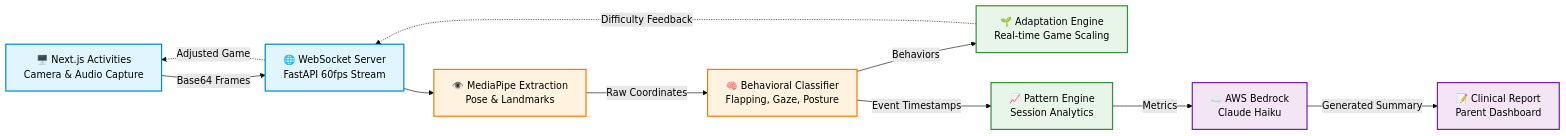
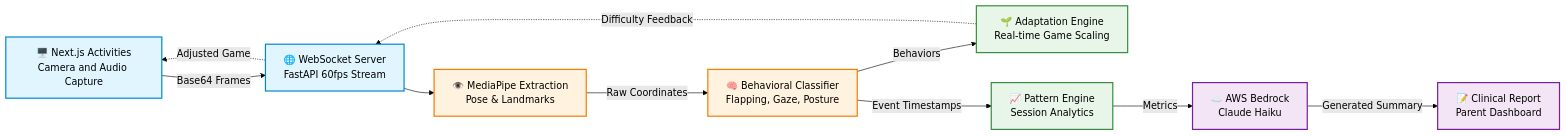
One commit to jaya0807/Snowie changed the diagram in docs/AI_WORKFLOW.md. Above: the diagram before and after it, drawn with Mermaid (forest theme).

Commit message:
docs: fix mermaid parse error

````diff
--- a/docs/AI_WORKFLOW.md
+++ b/docs/AI_WORKFLOW.md
@@ -36,31 +36,31 @@
 ```mermaid
 graph LR
     classDef frontend fill:#e1f5fe,stroke:#0288d1,stroke-width:2px;
     classDef ai fill:#fff3e0,stroke:#f57c00,stroke-width:2px;
     classDef logic fill:#e8f5e9,stroke:#388e3c,stroke-width:2px;
     classDef cloud fill:#f3e5f5,stroke:#7b1fa2,stroke-width:2px;
 
-    UI[🖥️ Next.js Activities<br>Camera & Audio Capture]:::frontend
+    UI[🖥️ Next.js Activities<br>Camera and Audio Capture]:::frontend
     WS[🌐 WebSocket Server<br>FastAPI 60fps Stream]:::frontend
     
     MP[👁️ MediaPipe Extraction<br>Pose & Landmarks]:::ai
     Beh[🧠 Behavioral Classifier<br>Flapping, Gaze, Posture]:::ai
     
     Adapt[🌱 Adaptation Engine<br>Real-time Game Scaling]:::logic
     Pat[📈 Pattern Engine<br>Session Analytics]:::logic
     
     LLM[☁️ AWS Bedrock<br>Claude Haiku]:::cloud
     Rep[📝 Clinical Report<br>Parent Dashboard]:::cloud
 
     UI -->|"Base64 Frames"| WS
     WS --> MP
     MP -->|"Raw Coordinates"| Beh
     
     Beh -->|"Behaviors"| Adapt
     Adapt -.->|"Difficulty Feedback"| WS
     WS -.->|"Adjusted Game"| UI
     
     Beh -->|"Event Timestamps"| Pat
     Pat -->|"Metrics"| LLM
     LLM -->|"Generated Summary"| Rep
 ```
````
